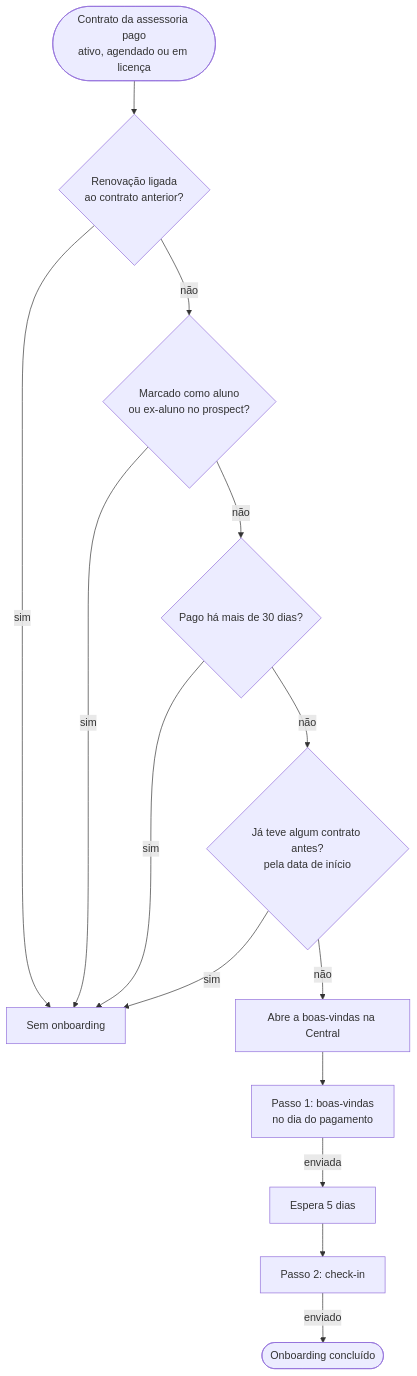
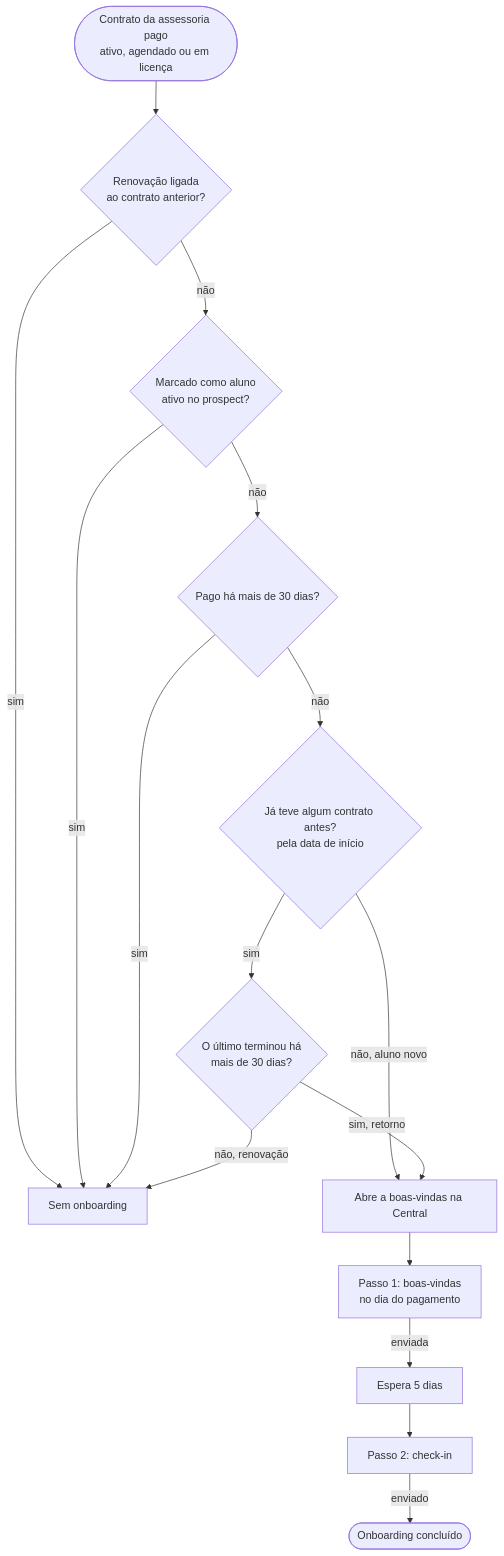
One commit to enduranceon/eon-store changed the diagram in docs/fluxos-de-mensagens.md. Above: the diagram before and after it, drawn with Mermaid. The commit also changed other lines of this file and 4 other files, not shown here.

First line of the commit message:
Onboarding também para o ex-aluno que volta depois de 30 dias

````diff
--- a/docs/fluxos-de-mensagens.md
+++ b/docs/fluxos-de-mensagens.md
@@ -17,16 +18,18 @@
 ```mermaid
 flowchart TD
   A([Contrato da assessoria pago<br/>ativo, agendado ou em licença]) --> B{Renovação ligada<br/>ao contrato anterior?}
   B -- sim --> X[Sem onboarding]
-  B -- não --> C{Marcado como aluno<br/>ou ex-aluno no prospect?}
+  B -- não --> C{Marcado como aluno<br/>ativo no prospect?}
   C -- sim --> X
   C -- não --> D{Pago há mais de 30 dias?}
   D -- sim --> X
   D -- não --> E{Já teve algum contrato antes?<br/>pela data de início}
-  E -- sim --> X
-  E -- não --> F[Abre a boas-vindas na Central]
+  E -- não, aluno novo --> F[Abre a boas-vindas na Central]
+  E -- sim --> K{O último terminou há<br/>mais de 30 dias?}
+  K -- não, renovação --> X
+  K -- sim, retorno --> F
   F --> G[Passo 1: boas-vindas<br/>no dia do pagamento]
   G -- enviada --> H[Espera 5 dias]
   H --> I[Passo 2: check-in]
   I -- enviado --> J([Onboarding concluído])
 ```
````
